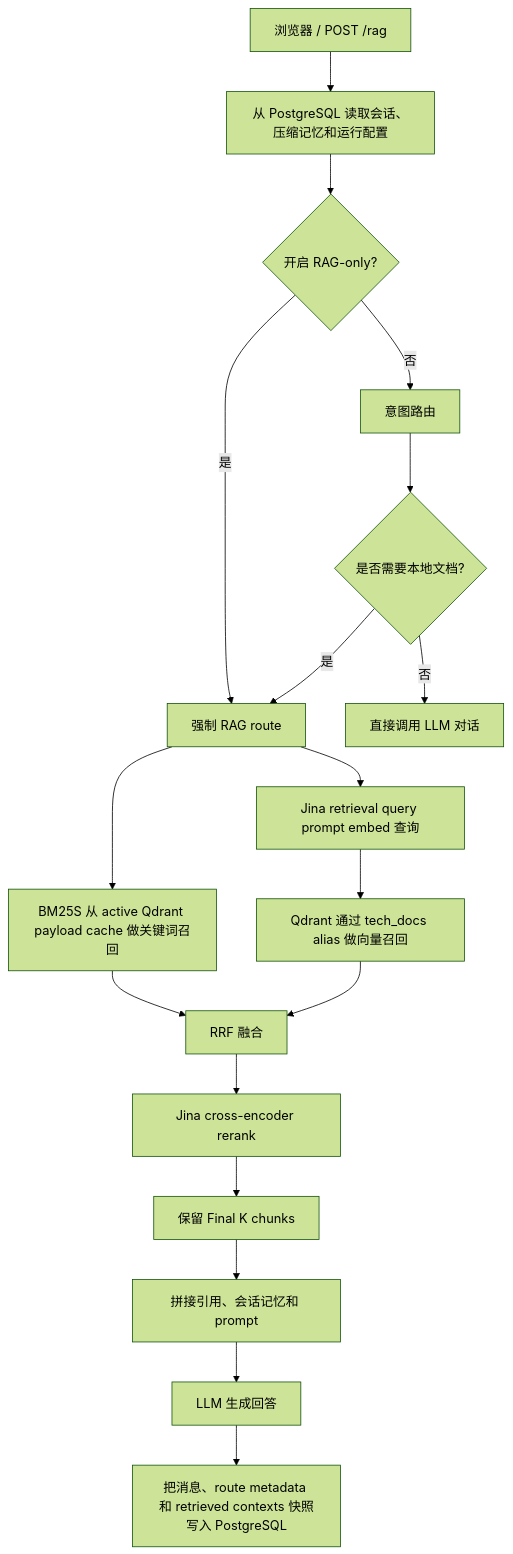
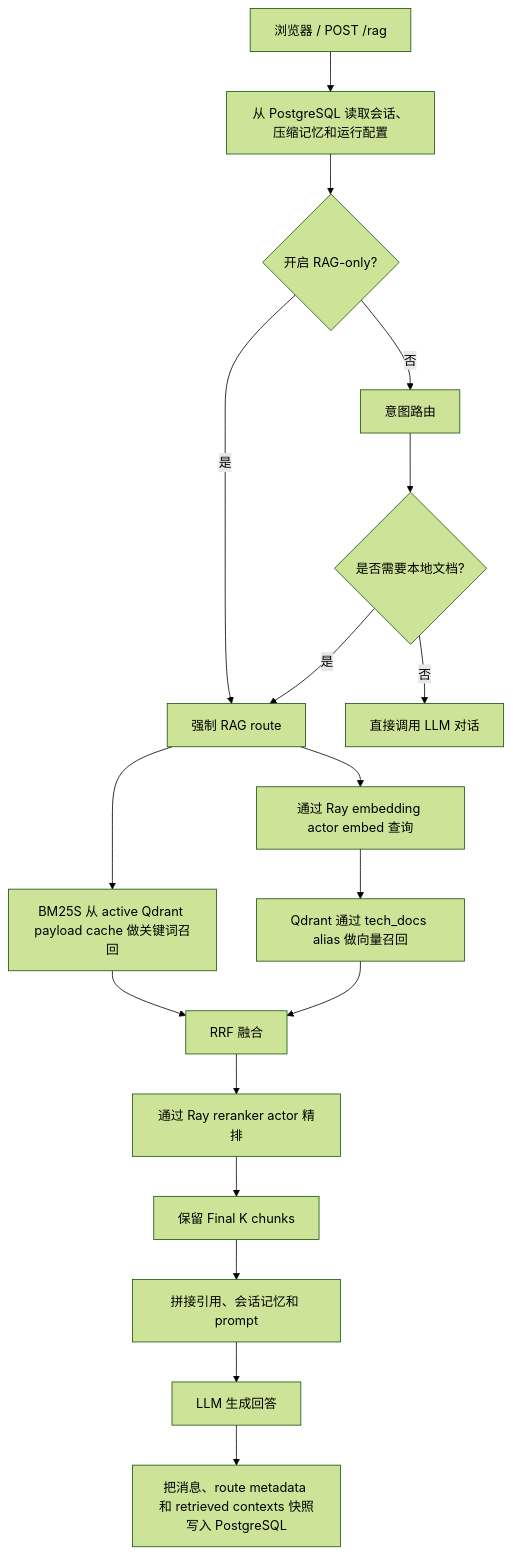
One commit to XingjiaYang/Knowledge-Base-Assistant changed the third of 4 diagrams in readme.zh.md. Above: the diagram before and after it, drawn with Mermaid (forest theme). The commit also changed other lines of this file and 16 other files, not shown here.

Commit message:
Add Ray model worker architecture

````diff
--- a/readme.zh.md
+++ b/readme.zh.md
@@ -341,20 +399,20 @@
 ```mermaid
 flowchart TD
     A["浏览器 / POST /rag"] --> B["从 PostgreSQL 读取会话、压缩记忆和运行配置"]
     B --> C{"开启 RAG-only?"}
     C -- "是" --> F["强制 RAG route"]
     C -- "否" --> D["意图路由"]
     D --> E{"是否需要本地文档?"}
     E -- "否" --> Z["直接调用 LLM 对话"]
     E -- "是" --> F
-    F --> G["Jina retrieval query prompt embed 查询"]
+    F --> G["通过 Ray embedding actor embed 查询"]
     F --> H["BM25S 从 active Qdrant payload cache 做关键词召回"]
     G --> I["Qdrant 通过 tech_docs alias 做向量召回"]
     H --> J["RRF 融合"]
     I --> J
-    J --> K["Jina cross-encoder rerank"]
+    J --> K["通过 Ray reranker actor 精排"]
     K --> L["保留 Final K chunks"]
     L --> M["拼接引用、会话记忆和 prompt"]
     M --> N["LLM 生成回答"]
     N --> O["把消息、route metadata 和 retrieved contexts 快照写入 PostgreSQL"]
 ```
````
